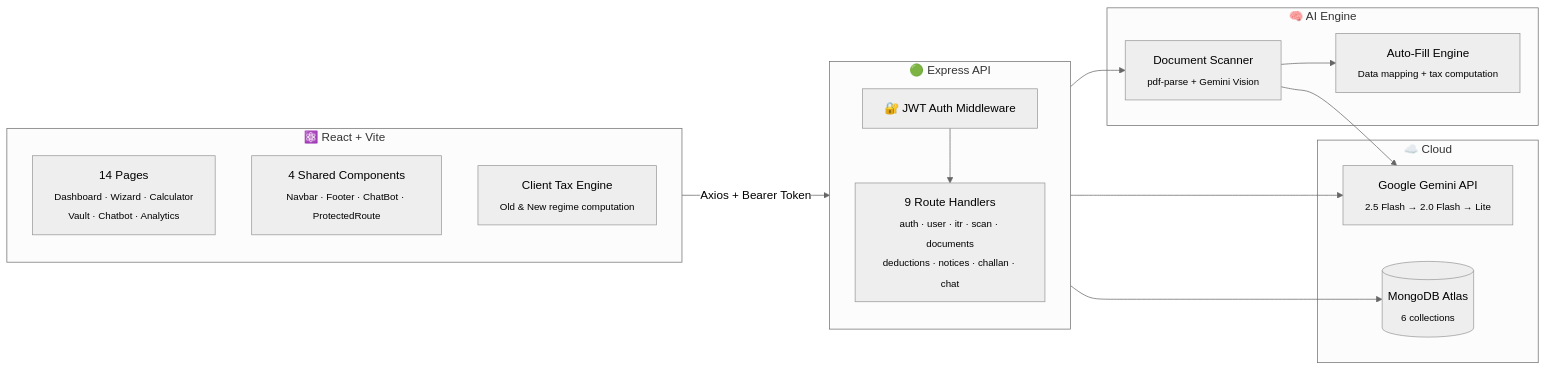
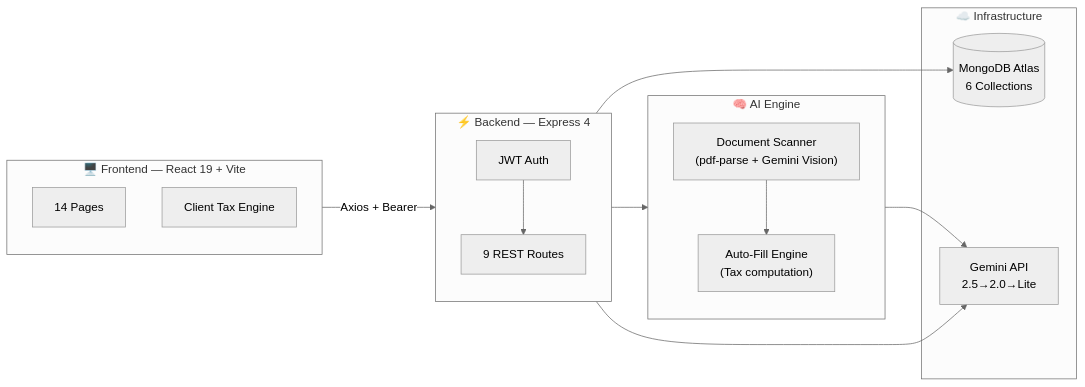
Before and after one commit to Vinaysukhwal/SmartTax: the first of 2 diagrams in README.md, drawn with Mermaid (neutral theme). The commit also changed other lines of this file, not shown here.

````diff
--- a/README.md
+++ b/README.md
@@ -163,33 +195,32 @@
 ```mermaid
 flowchart LR
-    subgraph Frontend["⚛️ React + Vite"]
+    subgraph UI["🖥️ Frontend — React 19 + Vite"]
         direction TB
-        Pages["14 Pages<br/><sub>Dashboard · Wizard · Calculator<br/>Vault · Chatbot · Analytics</sub>"]
-        Components["4 Shared Components<br/><sub>Navbar · Footer · ChatBot · ProtectedRoute</sub>"]
-        TaxEngine["Client Tax Engine<br/><sub>Old & New regime computation</sub>"]
+        A["14 Pages"]
+        B["Client Tax Engine"]
     end
 
-    subgraph Backend["🟢 Express API"]
+    subgraph API["⚡ Backend — Express 4"]
         direction TB
-        Auth["🔐 JWT Auth Middleware"]
-        Routes["9 Route Handlers<br/><sub>auth · user · itr · scan · documents<br/>deductions · notices · challan · chat</sub>"]
+        C["JWT Auth"]
+        D["9 REST Routes"]
     end
 
-    subgraph Services["🧠 AI Engine"]
-        Scanner["Document Scanner<br/><sub>pdf-parse + Gemini Vision</sub>"]
-        AutoFill["Auto-Fill Engine<br/><sub>Data mapping + tax computation</sub>"]
+    subgraph AI["🧠 AI Engine"]
+        direction TB
+        E["Document Scanner\n(pdf-parse + Gemini Vision)"]
+        F["Auto-Fill Engine\n(Tax computation)"]
     end
 
-    subgraph External["☁️ Cloud"]
-        Gemini["Google Gemini API<br/><sub>2.5 Flash → 2.0 Flash → Lite</sub>"]
-        Mongo[("MongoDB Atlas<br/><sub>6 collections</sub>")]
+    subgraph Cloud["☁️ Infrastructure"]
+        G[("MongoDB Atlas\n6 Collections")]
+        H["Gemini API\n2.5→2.0→Lite"]
     end
 
-    Frontend -- "Axios + Bearer Token" --> Auth
-    Auth --> Routes
-    Routes --> Scanner
-    Scanner --> Gemini
-    Scanner --> AutoFill
-    Routes --> Mongo
-    Routes --> Gemini
+    UI -- "Axios + Bearer" --> C
+    C --> D
+    D --> E & G
+    E --> H
+    E --> F
+    D --> H
 ```
````
